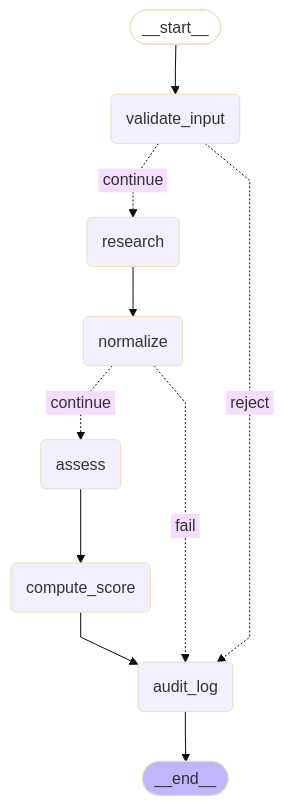
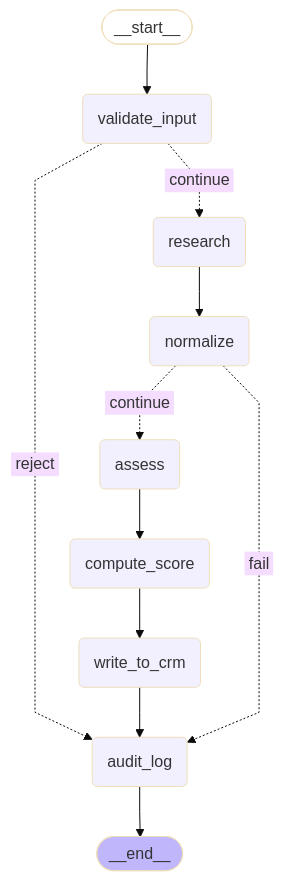
One commit to narcelioferreira/lead-qualifier changed the diagram in docs/grafo.mmd. Above: the diagram before and after it, drawn with Mermaid (base theme). The commit also changed 27 other files, not shown here.

First line of the commit message:
feat(T20): grafo consumindo o MCP lead-tools e nó write_to_crm

```diff
--- a/docs/grafo.mmd
+++ b/docs/grafo.mmd
@@ -1,26 +1,28 @@
 ---
 config:
   flowchart:
     curve: linear
 ---
 graph TD;
 	__start__([<p>__start__</p>]):::first
 	validate_input(validate_input)
 	research(research)
 	normalize(normalize)
 	assess(assess)
 	compute_score(compute_score)
+	write_to_crm(write_to_crm)
 	audit_log(audit_log)
 	__end__([<p>__end__</p>]):::last
 	__start__ --> validate_input;
 	assess --> compute_score;
-	compute_score --> audit_log;
+	compute_score --> write_to_crm;
 	normalize -. &nbsp;continue&nbsp; .-> assess;
 	normalize -. &nbsp;fail&nbsp; .-> audit_log;
 	research --> normalize;
 	validate_input -. &nbsp;reject&nbsp; .-> audit_log;
 	validate_input -. &nbsp;continue&nbsp; .-> research;
+	write_to_crm --> audit_log;
 	audit_log --> __end__;
 	classDef default fill:#f2f0ff,line-height:1.2
 	classDef first fill-opacity:0
 	classDef last fill:#bfb6fc
```
